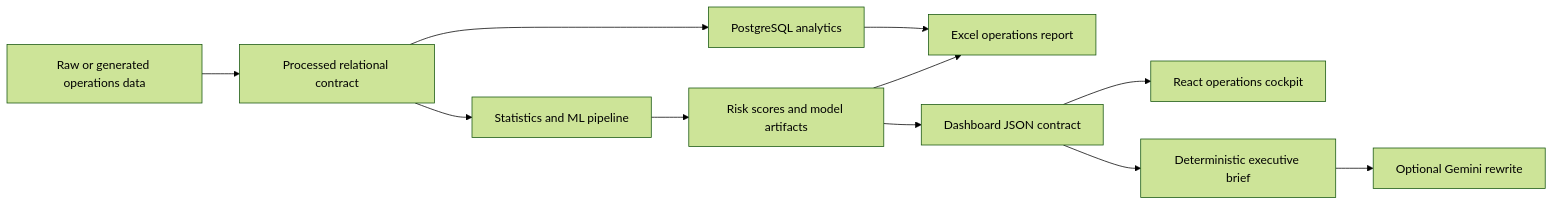
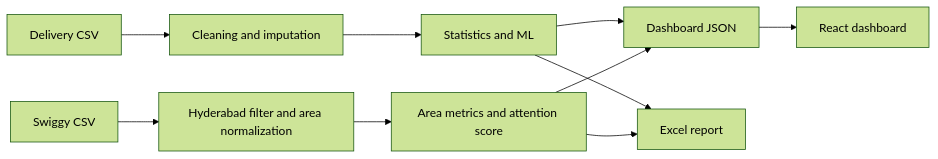
Before and after one commit to 2shriyansh-ai/QuickCommerce-Pulse: the diagram in README.md, drawn with Mermaid (forest theme). The commit also changed other lines of this file and 34 other files, not shown here.

Commit message:
Replace demo pipeline with real delivery datasets

````diff
--- a/README.md
+++ b/README.md
@@ -134,13 +165,12 @@
 ```mermaid
 flowchart LR
-    A[Raw or generated operations data] --> B[Processed relational contract]
-    B --> C[PostgreSQL analytics]
-    B --> D[Statistics and ML pipeline]
-    D --> E[Risk scores and model artifacts]
-    C --> F[Excel operations report]
-    E --> F
-    E --> G[Dashboard JSON contract]
-    G --> H[React operations cockpit]
-    G --> I[Deterministic executive brief]
-    I --> J[Optional Gemini rewrite]
+    A[Delivery CSV] --> B[Cleaning and imputation]
+    B --> C[Statistics and ML]
+    D[Swiggy CSV] --> E[Hyderabad filter and area normalization]
+    E --> F[Area metrics and attention score]
+    C --> G[Dashboard JSON]
+    F --> G
+    C --> H[Excel report]
+    F --> H
+    G --> I[React dashboard]
 ```
````
